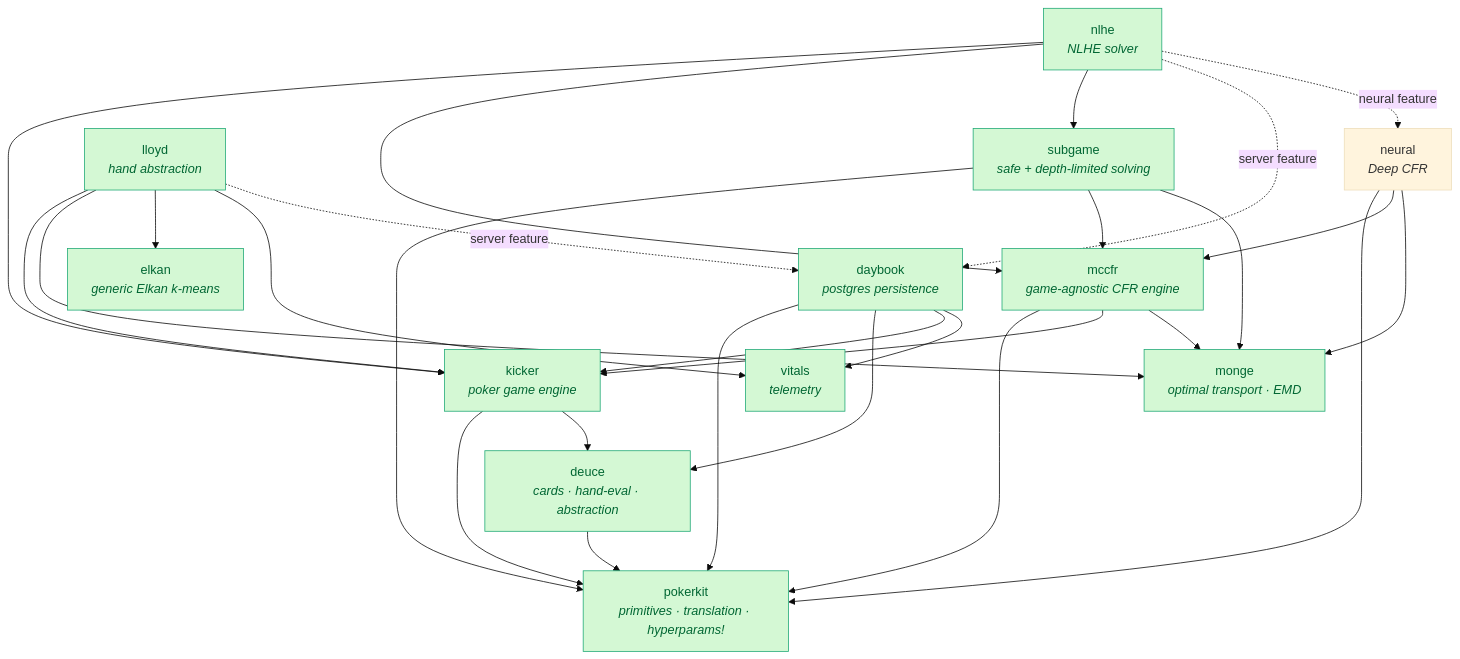
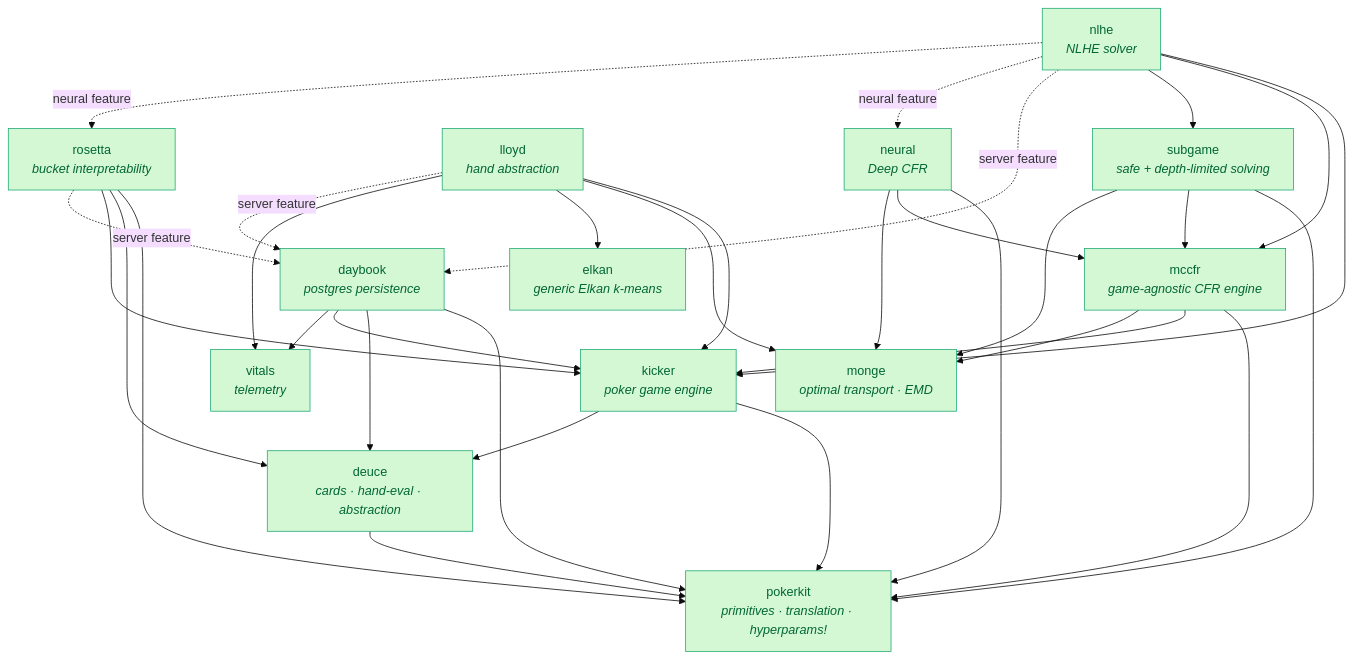
Before and after one commit to krukah/robopoker: the second of 2 diagrams in README.md, drawn with Mermaid (base theme). The commit also changed other lines of this file and 29 other files, not shown here.

````diff
--- a/README.md
+++ b/README.md
@@ -201,45 +201,51 @@
 ```mermaid
 graph TD
   classDef pub fill:#d4f8d4,stroke:#2a7,color:#063
   pokerkit["pokerkit<br/><i>primitives · translation · hyperparams!</i>"]
   deuce["deuce<br/><i>cards · hand-eval · abstraction</i>"]
   monge["monge<br/><i>optimal transport · EMD</i>"]
   kicker["kicker<br/><i>poker game engine</i>"]
   mccfr["mccfr<br/><i>game-agnostic CFR engine</i>"]
   subgame["subgame<br/><i>safe + depth-limited solving</i>"]
   elkan["elkan<br/><i>generic Elkan k-means</i>"]
   vitals["vitals<br/><i>telemetry</i>"]
   daybook["daybook<br/><i>postgres persistence</i>"]
   lloyd["lloyd<br/><i>hand abstraction</i>"]
   nlhe["nlhe<br/><i>NLHE solver</i>"]
   neural["neural<br/><i>Deep CFR</i>"]
+  rosetta["rosetta<br/><i>bucket interpretability</i>"]
 
   deuce --> pokerkit
   kicker --> pokerkit
   kicker --> deuce
   mccfr --> pokerkit
   mccfr --> kicker
   mccfr --> monge
   subgame --> pokerkit
   subgame --> mccfr
   subgame --> monge
   daybook --> pokerkit
   daybook --> deuce
   daybook --> kicker
   daybook --> vitals
   lloyd --> kicker
   lloyd --> monge
   lloyd --> elkan
   lloyd --> vitals
   nlhe --> kicker
   nlhe --> mccfr
   nlhe --> subgame
   neural --> pokerkit
   neural --> mccfr
   neural --> monge
   nlhe -.->|"server feature"| daybook
+  rosetta --> pokerkit
+  rosetta --> deuce
+  rosetta --> kicker
   nlhe -.->|"neural feature"| neural
+  nlhe -.->|"neural feature"| rosetta
+  rosetta -.->|"server feature"| daybook
   lloyd -.->|"server feature"| daybook
 
-  class pokerkit,deuce,monge,kicker,mccfr,subgame,elkan,vitals,daybook,nlhe,lloyd pub
+  class pokerkit,deuce,monge,kicker,mccfr,subgame,elkan,vitals,daybook,nlhe,lloyd,neural,rosetta pub
 ```
````
